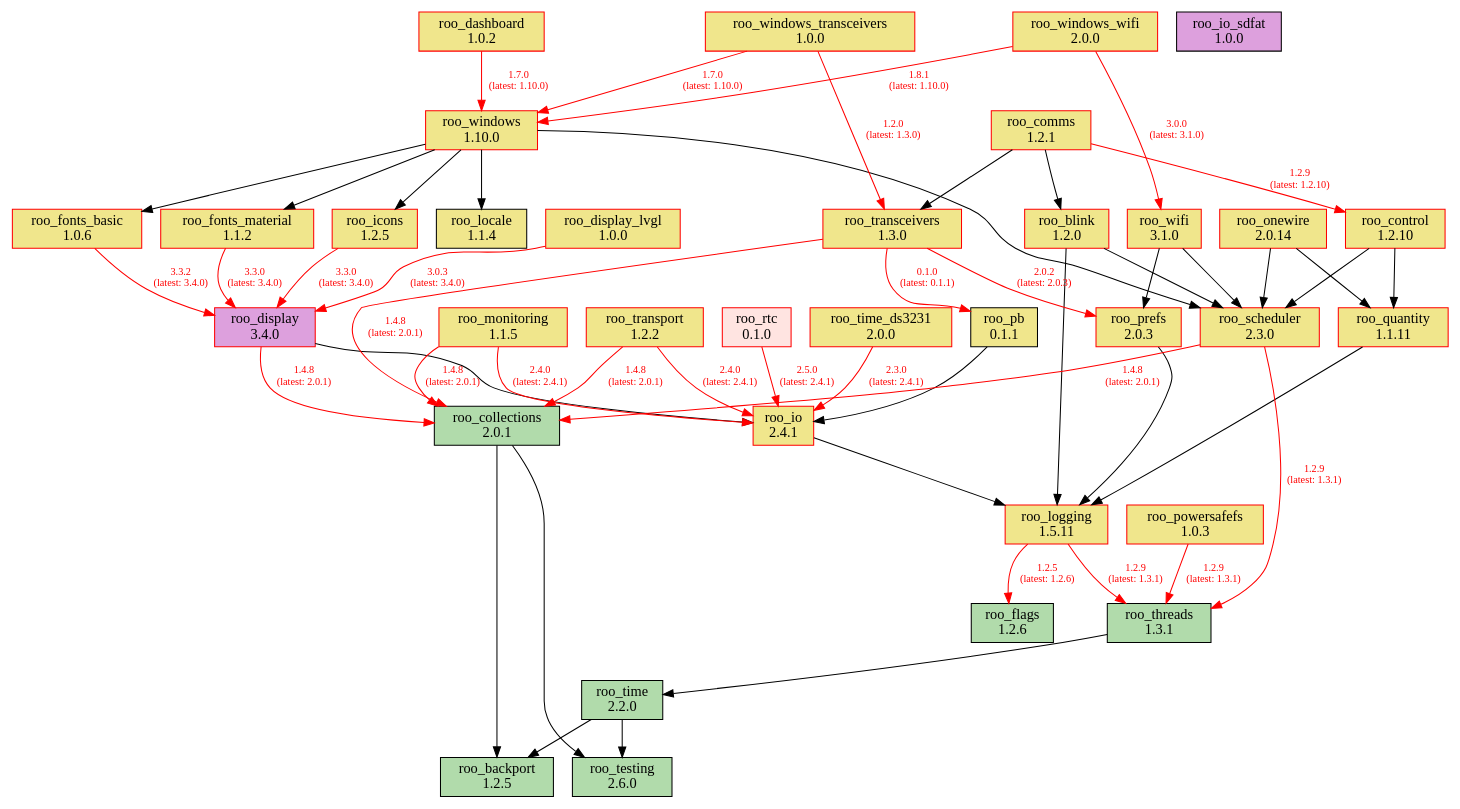
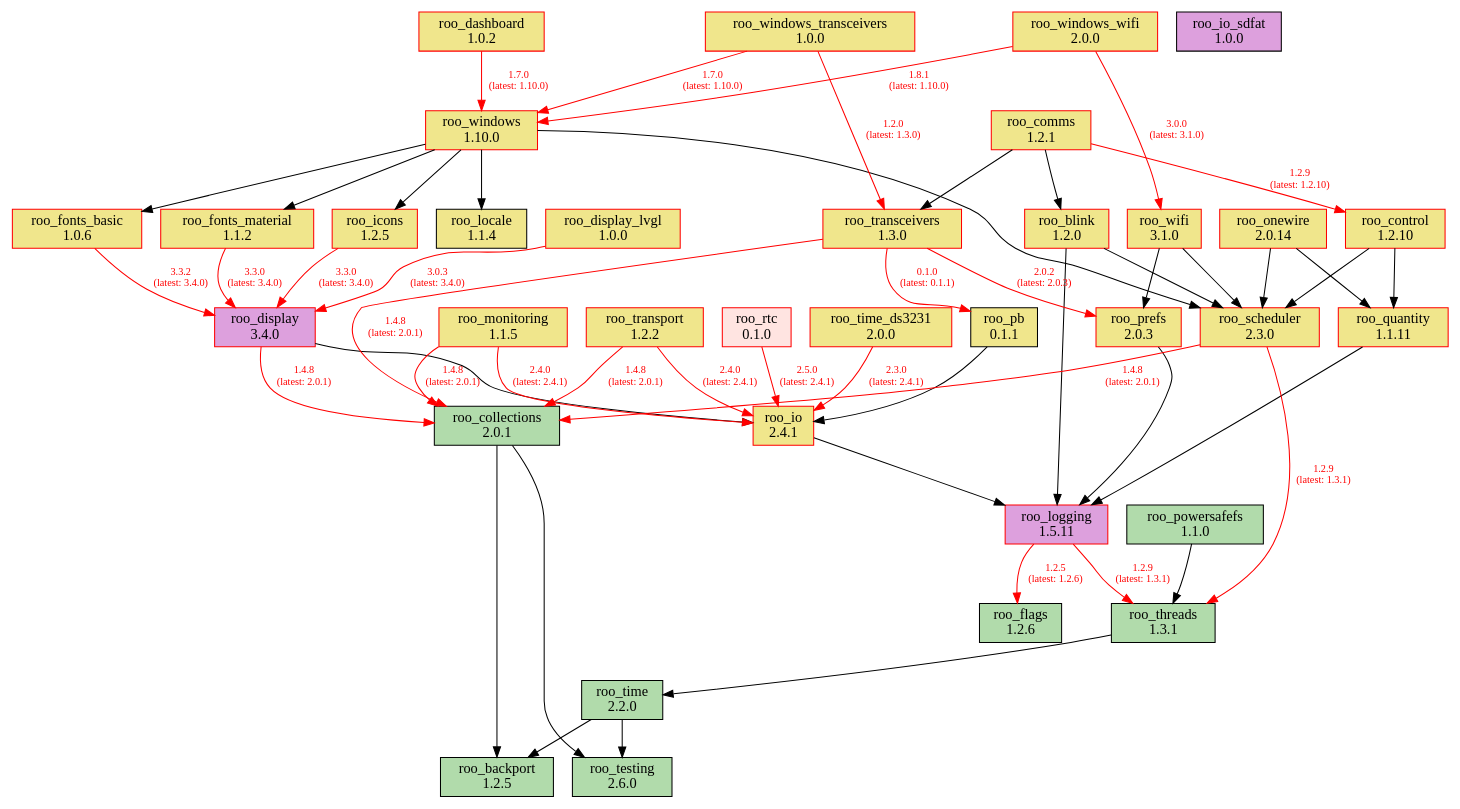
The diagram in doc/dependencies.dot (dejwk/roo-registry), drawn with Graphviz before and after one commit. The commit also changed 3 other files, not shown here.

Commit message:
Added roo_powersafefs 1.1.0 to the registry.

```diff
--- a/doc/dependencies.dot
+++ b/doc/dependencies.dot
@@ -1,93 +1,93 @@
 digraph dependencies {
     rankdir=TB;
     node [shape=box, style=filled];
     edge [fontsize=10];
 
     // Modules
     "roo_backport" [label="roo_backport\n1.2.5", fillcolor="#b1dbab", color="black"];
     "roo_blink" [label="roo_blink\n1.2.0", fillcolor="khaki", color="red"];
     "roo_collections" [label="roo_collections\n2.0.1", fillcolor="#b1dbab", color="black"];
     "roo_comms" [label="roo_comms\n1.2.1", fillcolor="khaki", color="red"];
     "roo_control" [label="roo_control\n1.2.10", fillcolor="khaki", color="red"];
     "roo_dashboard" [label="roo_dashboard\n1.0.2", fillcolor="khaki", color="red"];
     "roo_display" [label="roo_display\n3.4.0", fillcolor="plum", color="red"];
     "roo_display_lvgl" [label="roo_display_lvgl\n1.0.0", fillcolor="khaki", color="red"];
     "roo_flags" [label="roo_flags\n1.2.6", fillcolor="#b1dbab", color="black"];
     "roo_fonts_basic" [label="roo_fonts_basic\n1.0.6", fillcolor="khaki", color="red"];
     "roo_fonts_material" [label="roo_fonts_material\n1.1.2", fillcolor="khaki", color="red"];
     "roo_icons" [label="roo_icons\n1.2.5", fillcolor="khaki", color="red"];
     "roo_io" [label="roo_io\n2.4.1", fillcolor="khaki", color="red"];
     "roo_io_sdfat" [label="roo_io_sdfat\n1.0.0", fillcolor="plum", color="black"];
     "roo_locale" [label="roo_locale\n1.1.4", fillcolor="khaki", color="black"];
-    "roo_logging" [label="roo_logging\n1.5.11", fillcolor="khaki", color="red"];
+    "roo_logging" [label="roo_logging\n1.5.11", fillcolor="plum", color="red"];
     "roo_monitoring" [label="roo_monitoring\n1.1.5", fillcolor="khaki", color="red"];
     "roo_onewire" [label="roo_onewire\n2.0.14", fillcolor="khaki", color="red"];
     "roo_pb" [label="roo_pb\n0.1.1", fillcolor="khaki", color="black"];
-    "roo_powersafefs" [label="roo_powersafefs\n1.0.3", fillcolor="khaki", color="red"];
+    "roo_powersafefs" [label="roo_powersafefs\n1.1.0", fillcolor="#b1dbab", color="black"];
     "roo_prefs" [label="roo_prefs\n2.0.3", fillcolor="khaki", color="red"];
     "roo_quantity" [label="roo_quantity\n1.1.11", fillcolor="khaki", color="red"];
     "roo_rtc" [label="roo_rtc\n0.1.0", fillcolor="mistyrose", color="red"];
     "roo_scheduler" [label="roo_scheduler\n2.3.0", fillcolor="khaki", color="red"];
     "roo_testing" [label="roo_testing\n2.6.0", fillcolor="#b1dbab", color="black"];
     "roo_threads" [label="roo_threads\n1.3.1", fillcolor="#b1dbab", color="black"];
     "roo_time" [label="roo_time\n2.2.0", fillcolor="#b1dbab", color="black"];
     "roo_time_ds3231" [label="roo_time_ds3231\n2.0.0", fillcolor="khaki", color="red"];
     "roo_transceivers" [label="roo_transceivers\n1.3.0", fillcolor="khaki", color="red"];
     "roo_transport" [label="roo_transport\n1.2.2", fillcolor="khaki", color="red"];
     "roo_wifi" [label="roo_wifi\n3.1.0", fillcolor="khaki", color="red"];
     "roo_windows" [label="roo_windows\n1.10.0", fillcolor="khaki", color="red"];
     "roo_windows_transceivers" [label="roo_windows_transceivers\n1.0.0", fillcolor="khaki", color="red"];
     "roo_windows_wifi" [label="roo_windows_wifi\n2.0.0", fillcolor="khaki", color="red"];
 
     // Dependencies
     "roo_blink" -> "roo_logging";
     "roo_blink" -> "roo_scheduler";
     "roo_collections" -> "roo_testing";
     "roo_collections" -> "roo_backport";
     "roo_comms" -> "roo_blink";
     "roo_comms" -> "roo_control" [color=red, fontcolor=red, label="1.2.9\n(latest: 1.2.10)"];
     "roo_comms" -> "roo_transceivers";
     "roo_control" -> "roo_quantity";
     "roo_control" -> "roo_scheduler";
     "roo_dashboard" -> "roo_windows" [color=red, fontcolor=red, label="1.7.0\n(latest: 1.10.0)"];
     "roo_display" -> "roo_collections" [color=red, fontcolor=red, label="1.4.8\n(latest: 2.0.1)"];
     "roo_display" -> "roo_io";
     "roo_display_lvgl" -> "roo_display" [color=red, fontcolor=red, label="3.0.3\n(latest: 3.4.0)"];
     "roo_fonts_basic" -> "roo_display" [color=red, fontcolor=red, label="3.3.2\n(latest: 3.4.0)"];
     "roo_fonts_material" -> "roo_display" [color=red, fontcolor=red, label="3.3.0\n(latest: 3.4.0)"];
     "roo_icons" -> "roo_display" [color=red, fontcolor=red, label="3.3.0\n(latest: 3.4.0)"];
     "roo_io" -> "roo_logging";
     "roo_logging" -> "roo_flags" [color=red, fontcolor=red, label="1.2.5\n(latest: 1.2.6)"];
     "roo_logging" -> "roo_threads" [color=red, fontcolor=red, label="1.2.9\n(latest: 1.3.1)"];
     "roo_monitoring" -> "roo_collections" [color=red, fontcolor=red, label="1.4.8\n(latest: 2.0.1)"];
     "roo_monitoring" -> "roo_io" [color=red, fontcolor=red, label="2.4.0\n(latest: 2.4.1)"];
     "roo_onewire" -> "roo_scheduler";
     "roo_onewire" -> "roo_quantity";
     "roo_pb" -> "roo_io";
-    "roo_powersafefs" -> "roo_threads" [color=red, fontcolor=red, label="1.2.9\n(latest: 1.3.1)"];
+    "roo_powersafefs" -> "roo_threads";
     "roo_prefs" -> "roo_logging";
     "roo_quantity" -> "roo_logging";
     "roo_rtc" -> "roo_io" [color=red, fontcolor=red, label="2.5.0\n(latest: 2.4.1)"];
     "roo_scheduler" -> "roo_collections" [color=red, fontcolor=red, label="1.4.8\n(latest: 2.0.1)"];
     "roo_scheduler" -> "roo_threads" [color=red, fontcolor=red, label="1.2.9\n(latest: 1.3.1)"];
     "roo_threads" -> "roo_time";
     "roo_time" -> "roo_testing";
     "roo_time" -> "roo_backport";
     "roo_time_ds3231" -> "roo_io" [color=red, fontcolor=red, label="2.3.0\n(latest: 2.4.1)"];
     "roo_transceivers" -> "roo_pb" [color=red, fontcolor=red, label="0.1.0\n(latest: 0.1.1)"];
     "roo_transceivers" -> "roo_collections" [color=red, fontcolor=red, label="1.4.8\n(latest: 2.0.1)"];
     "roo_transceivers" -> "roo_prefs" [color=red, fontcolor=red, label="2.0.2\n(latest: 2.0.3)"];
     "roo_transport" -> "roo_collections" [color=red, fontcolor=red, label="1.4.8\n(latest: 2.0.1)"];
     "roo_transport" -> "roo_io" [color=red, fontcolor=red, label="2.4.0\n(latest: 2.4.1)"];
     "roo_wifi" -> "roo_prefs";
     "roo_wifi" -> "roo_scheduler";
     "roo_windows" -> "roo_fonts_basic";
     "roo_windows" -> "roo_fonts_material";
     "roo_windows" -> "roo_locale";
     "roo_windows" -> "roo_icons";
     "roo_windows" -> "roo_scheduler";
     "roo_windows_transceivers" -> "roo_transceivers" [color=red, fontcolor=red, label="1.2.0\n(latest: 1.3.0)"];
     "roo_windows_transceivers" -> "roo_windows" [color=red, fontcolor=red, label="1.7.0\n(latest: 1.10.0)"];
     "roo_windows_wifi" -> "roo_wifi" [color=red, fontcolor=red, label="3.0.0\n(latest: 3.1.0)"];
     "roo_windows_wifi" -> "roo_windows" [color=red, fontcolor=red, label="1.8.1\n(latest: 1.10.0)"];
 }
```
